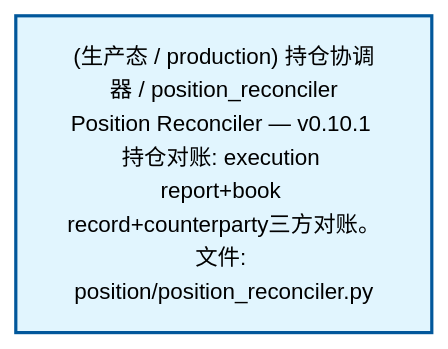
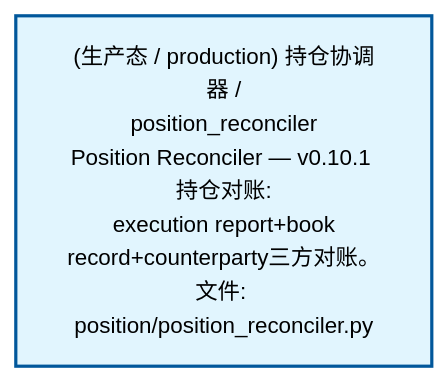
The second of 4 diagrams in docs/02_enterprise_architecture/02_domain_architecture_docs/64_d_position.md (xuanFelixVan/ZephyrAlpha), drawn with Mermaid before and after one commit. The commit also changed other lines of this file and 59 other files, not shown here.

````diff
--- a/docs/02_enterprise_architecture/02_domain_architecture_docs/64_d_position.md
+++ b/docs/02_enterprise_architecture/02_domain_architecture_docs/64_d_position.md
@@ -101,10 +101,10 @@
 ```mermaid
 %%{init: {'theme': 'base', 'themeVariables': {'primaryColor': '#eaeaea', 'primaryTextColor': '#333333', 'primaryBorderColor': '#666666', 'lineColor': '#666666', 'secondaryColor': '#eaeaea', 'tertiaryColor': '#eaeaea', 'fontSize': '14px'}}}%%
 flowchart TD
-    src_zephyr_position_position_reconciler_py["(生产态 / production) 持仓协调器 / position_reconciler<br/>Position Reconciler — v0.10.1 持仓对账: execution report+book record+counterparty三方对账。<br/>文件: position/position_reconciler.py"]
+    src_zephyr_position_position_reconciler_py["(生产态 / production) 持仓协调器 /<br/>position_reconciler<br/>Position Reconciler — v0.10.1 持仓对账:<br/>execution report+book<br/>record+counterparty三方对账。<br/>文件: position/position_reconciler.py"]
     classDef production fill:#e1f5fe,stroke:#01579b,stroke-width:2px,color:#000
     classDef design fill:#fff3e0,stroke:#e65100,stroke-width:2px,color:#000,stroke-dasharray: 5 5
     classDef external_prod fill:#e8f4fd,stroke:#0277bd,stroke-width:1px,color:#000
     classDef external_design fill:#fff8e7,stroke:#ef6c00,stroke-width:1px,color:#000,stroke-dasharray: 5 5
     class src_zephyr_position_position_reconciler_py production
 ```
````
